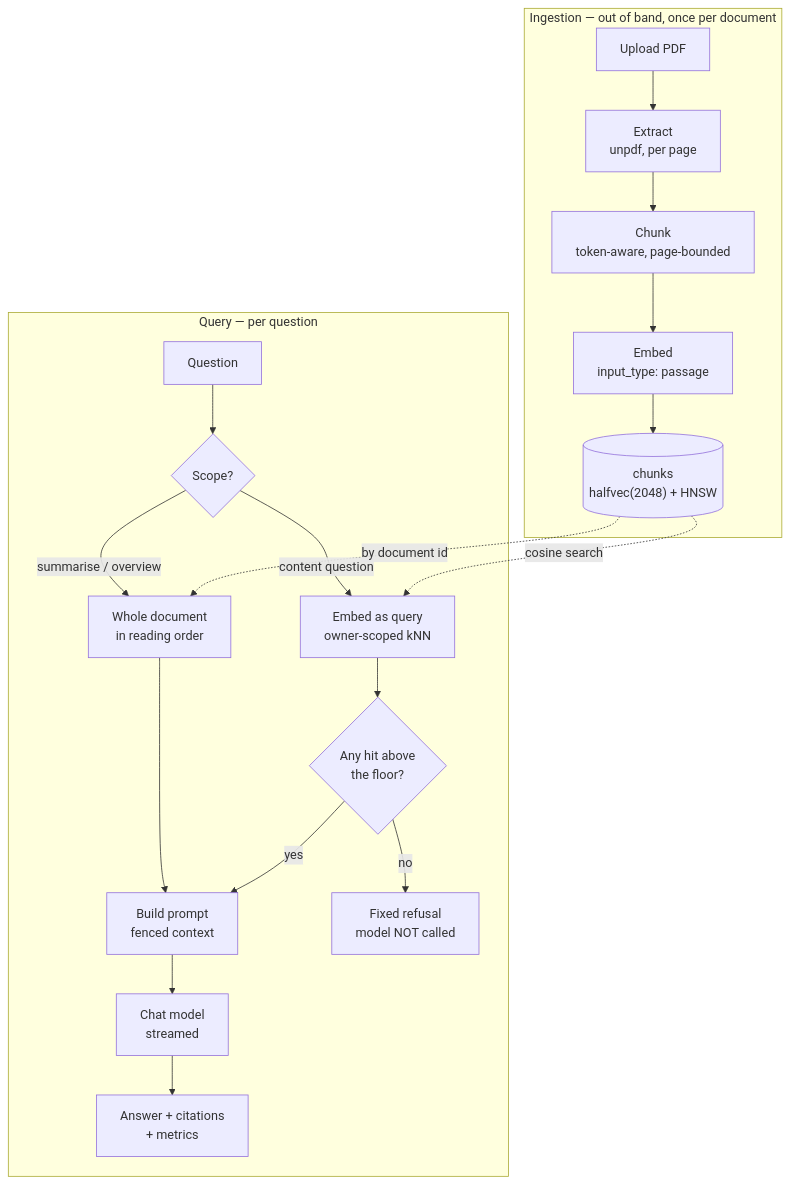
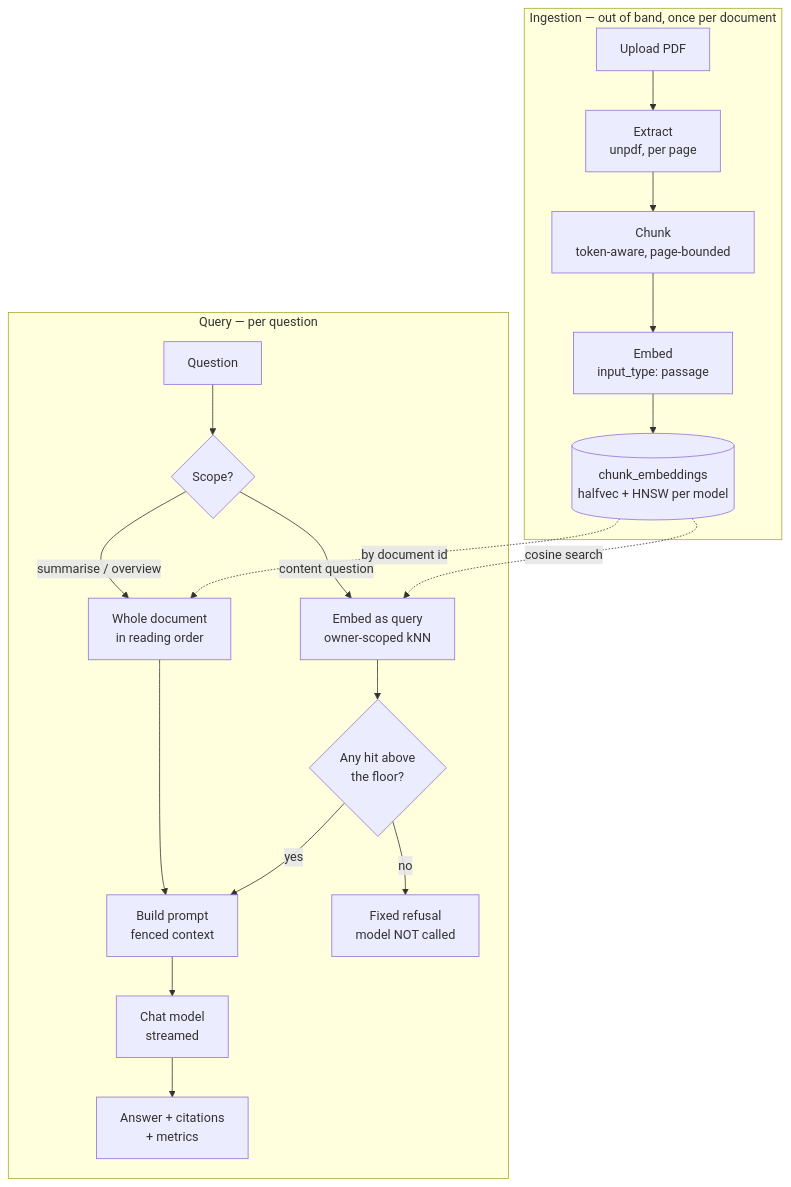
Before and after one commit to devdaviddr/nextjs-rag-boilerplate: the first of 7 diagrams in docs/rag.md, drawn with Mermaid. The commit also changed other lines of this file and 31 other files, not shown here.

````diff
--- a/docs/rag.md
+++ b/docs/rag.md
@@ -95,24 +95,24 @@
 ```mermaid
 flowchart TB
     subgraph ingest["Ingestion — out of band, once per document"]
         U["Upload PDF"] --> X["Extract<br>unpdf, per page"]
         X --> C["Chunk<br>token-aware, page-bounded"]
         C --> E["Embed<br>input_type: passage"]
-        E --> S[("chunks<br>halfvec(2048) + HNSW")]
+        E --> S[("chunk_embeddings<br>halfvec + HNSW per model")]
     end
 
     subgraph query["Query — per question"]
         Q["Question"] --> SC{"Scope?"}
         SC -->|"content question"| KNN["Embed as query<br>owner-scoped kNN"]
         SC -->|"summarise / overview"| WD["Whole document<br>in reading order"]
         KNN --> F{"Any hit above<br>the floor?"}
         WD --> P
         F -->|"no"| R["Fixed refusal<br>model NOT called"]
         F -->|"yes"| P["Build prompt<br>fenced context"]
         P --> M["Chat model<br>streamed"]
         M --> A["Answer + citations<br>+ metrics"]
     end
 
     S -.->|"cosine search"| KNN
     S -.->|"by document id"| WD
 ```
````
